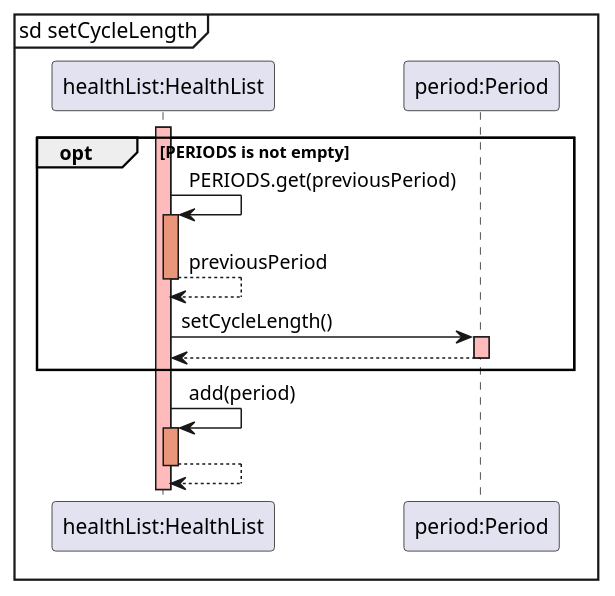
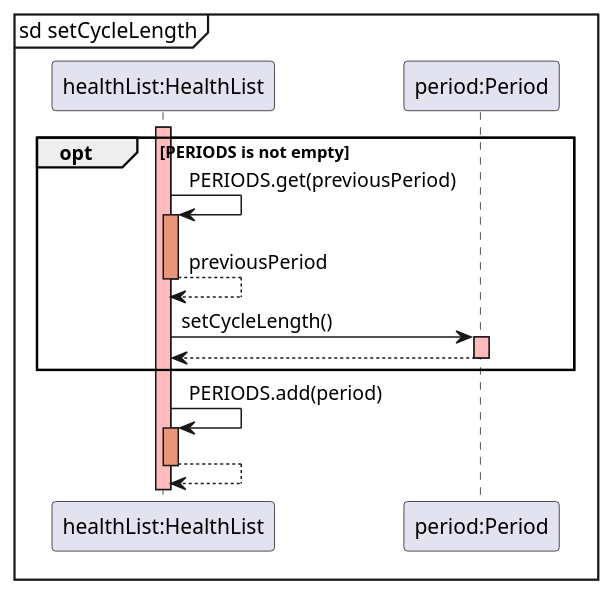
The diagram in docs/puml/sequence_diagrams/set_Cycle_Length.puml (rouvinerh/tp), drawn with PlantUML before and after one commit. The commit also changed 11 other files, not shown here.

Commit message:
Update sequence diagrams for Bmi and Period

```diff
--- a/docs/puml/sequence_diagrams/set_Cycle_Length.puml
+++ b/docs/puml/sequence_diagrams/set_Cycle_Length.puml
@@ -1,29 +1,29 @@
 @startuml
 
 mainframe sd setCycleLength
 participant "healthList:HealthList" as HealthList
 participant "period:Period" as Period
 
 activate HealthList #FFBBBB
 
-opt PERIODS is not empty
+opt  PERIODS is not empty
 
 HealthList -> HealthList: PERIODS.get(previousPeriod)
 activate HealthList #DarkSalmon
 HealthList --> HealthList: previousPeriod
 deactivate HealthList #FFBBBB
 
 
 HealthList -> Period: setCycleLength()
 activate Period #FFBBBB
 Period --> HealthList:
 deactivate Period #FFBBBB
 
 end
 
-HealthList -> HealthList: add(period)
+HealthList -> HealthList: PERIODS.add(period)
 activate HealthList #DarkSalmon
 HealthList --> HealthList:
 deactivate HealthList #DarkSalmon
 
 @enduml
```
